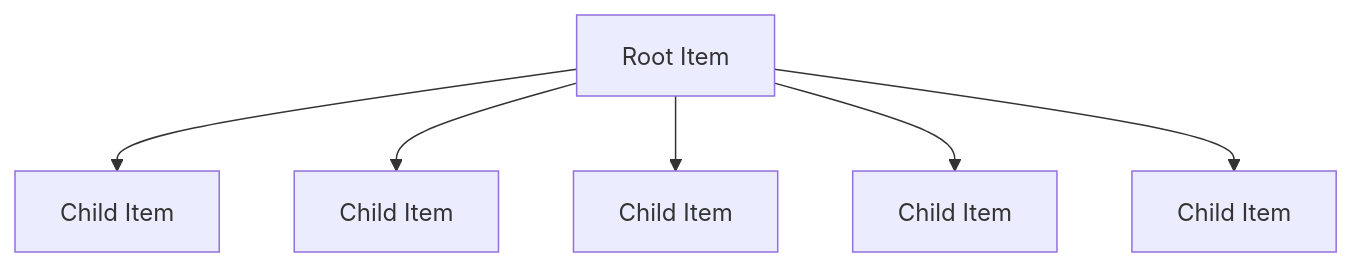
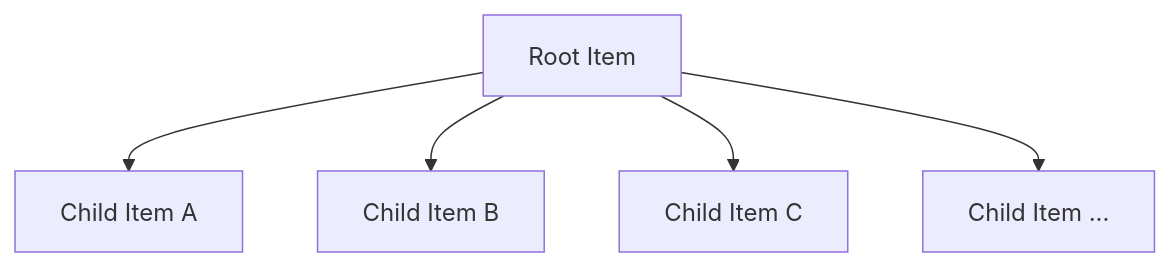
Before and after one commit to t-mart/aqueue: the diagram in docs/_static/simple.mmd, drawn with Mermaid. The commit also changed 3 other files, not shown here.

Commit message:
Diagram cleanup

```diff
--- a/docs/_static/simple.mmd
+++ b/docs/_static/simple.mmd
@@ -1,7 +1,6 @@
 flowchart
     root[Root Item]
-    root-->childa[Child Item]
-    root-->childb[Child Item]
-    root-->childc[Child Item]
-    root-->childd[Child Item]
-    root-->childe[Child Item]
+    root-->childa[Child Item A]
+    root-->childb[Child Item B]
+    root-->childc[Child Item C]
+    root-->childdot[Child Item ...]
```
